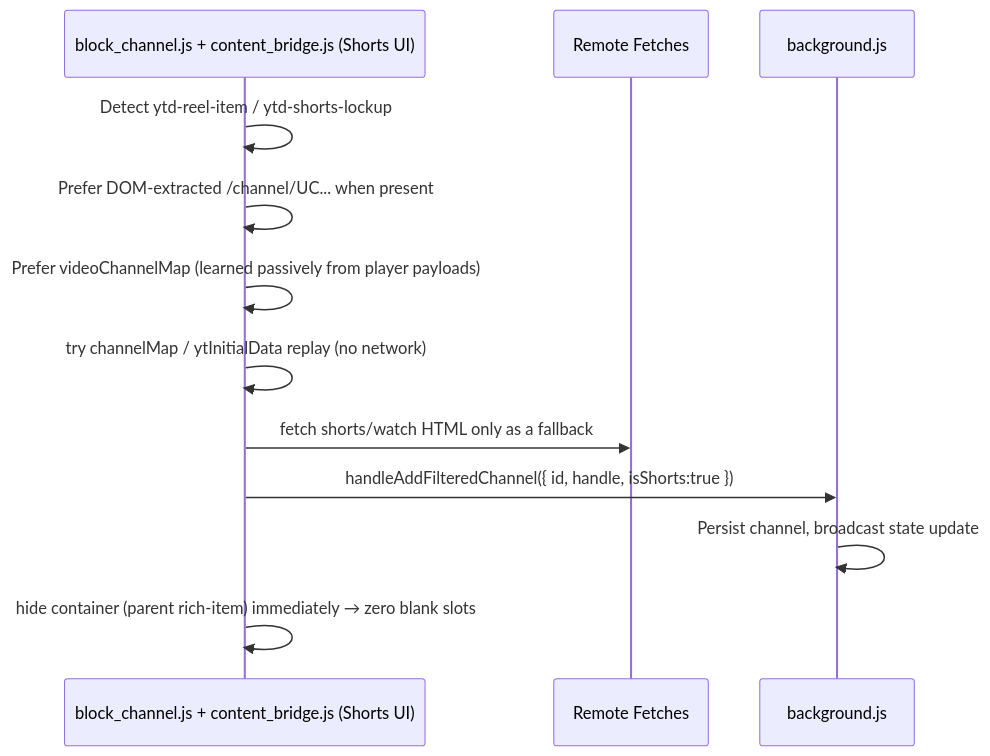
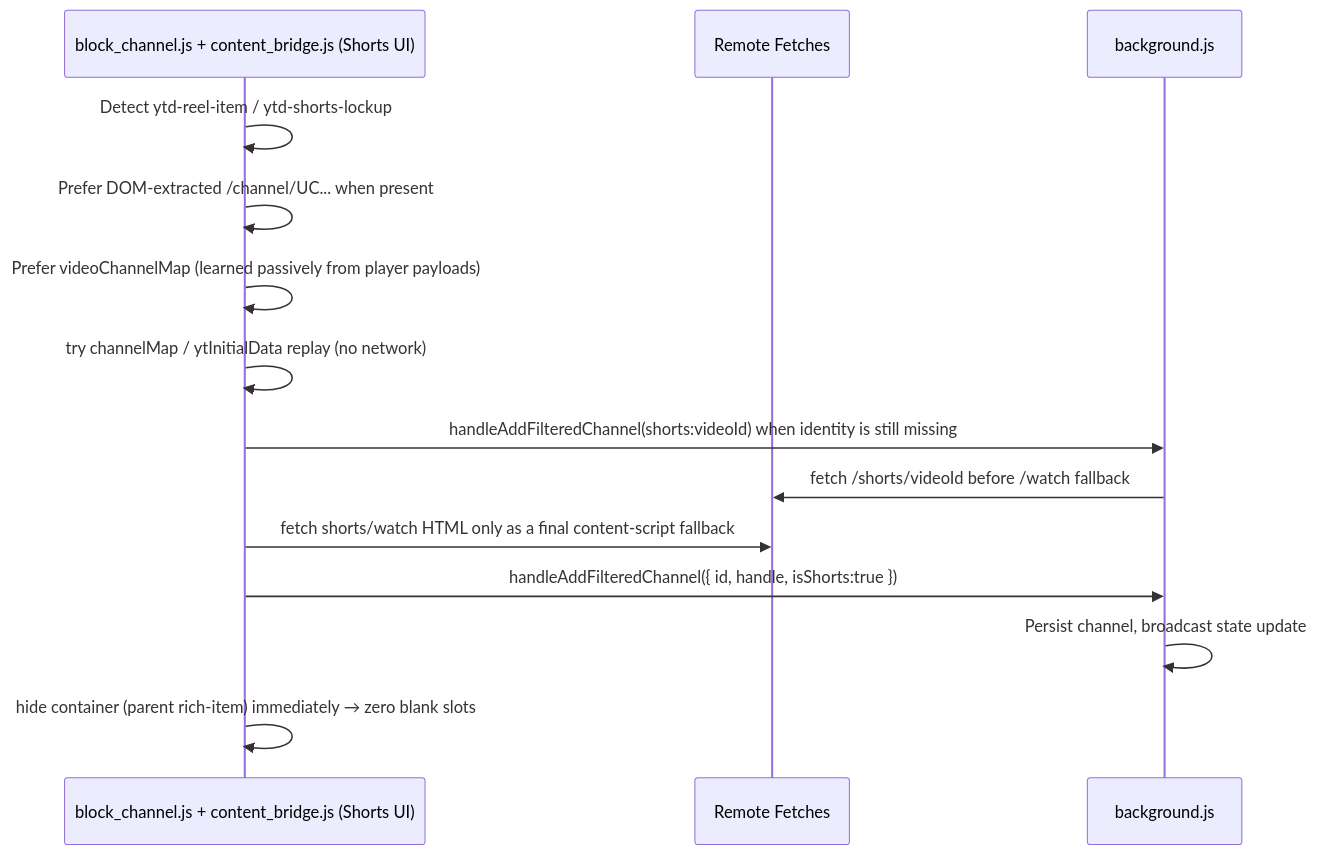
The seventh of 11 diagrams in docs/TECHNICAL.md (varshneydevansh/FilterTube), drawn with Mermaid before and after one commit. The commit also changed other lines of this file and 7 other files, not shown here.

````diff
--- a/docs/TECHNICAL.md
+++ b/docs/TECHNICAL.md
@@ -1652,15 +1652,17 @@
 ```mermaid
 sequenceDiagram
     participant DOM as block_channel.js + content_bridge.js (Shorts UI)
     participant FETCH as Remote Fetches
     participant BG as background.js
 
     DOM->>DOM: Detect ytd-reel-item / ytd-shorts-lockup
     DOM->>DOM: Prefer DOM-extracted /channel/UC... when present
     DOM->>DOM: Prefer videoChannelMap (learned passively from player payloads)
     DOM->>DOM: try channelMap / ytInitialData replay (no network)
-    DOM->>FETCH: fetch shorts/watch HTML only as a fallback
+    DOM->>BG: handleAddFilteredChannel(shorts:videoId) when identity is still missing
+    BG->>FETCH: fetch /shorts/videoId before /watch fallback
+    DOM->>FETCH: fetch shorts/watch HTML only as a final content-script fallback
     DOM->>BG: handleAddFilteredChannel({ id, handle, isShorts:true })
     BG->>BG: Persist channel, broadcast state update
     DOM->>DOM: hide container (parent rich-item) immediately → zero blank slots
 ```
````
